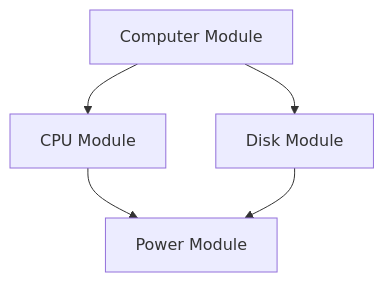
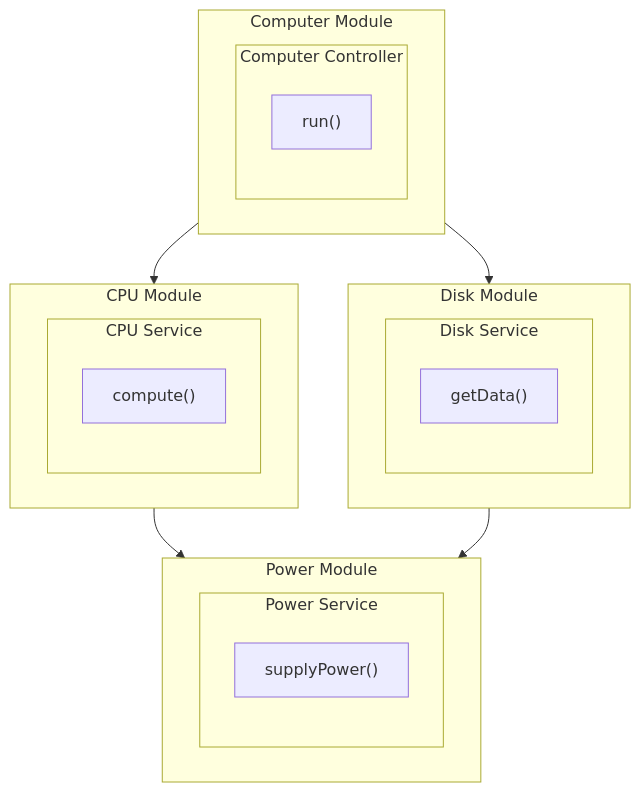
One commit to inigomarquinez/training-nestjs changed the diagram in 03_di/README.md. Above: the diagram before and after it, drawn with Mermaid. The commit also changed other lines of this file, not shown here.

Commit message:
docs: updated diagram

````diff
--- a/03_di/README.md
+++ b/03_di/README.md
@@ -62,7 +64,31 @@
 ```mermaid
-  graph TD;
-      A[Computer Module] --> B[CPU Module];
-      A[Computer Module] --> C[Disk Module];
-      B[CPU Module] --> D[Power Module];
-      C[Disk Module] --> D[Power Module];
+  flowchart TB
+    subgraph A[Computer Module]
+      subgraph A1[Computer Controller]
+        a["run()"]
+      end
+    end
+
+    subgraph B[CPU Module]
+      subgraph B1[CPU Service]
+        b["compute()"]
+      end
+    end
+
+    subgraph C[Disk Module]
+      subgraph C1[Disk Service]
+        c["getData()"]
+      end
+    end
+
+    subgraph D[Power Module]
+      subgraph D1[Power Service]
+        d["supplyPower()"]
+      end
+    end
+
+    A --> B
+    A --> C
+    B --> D
+    C --> D
 ```
````
